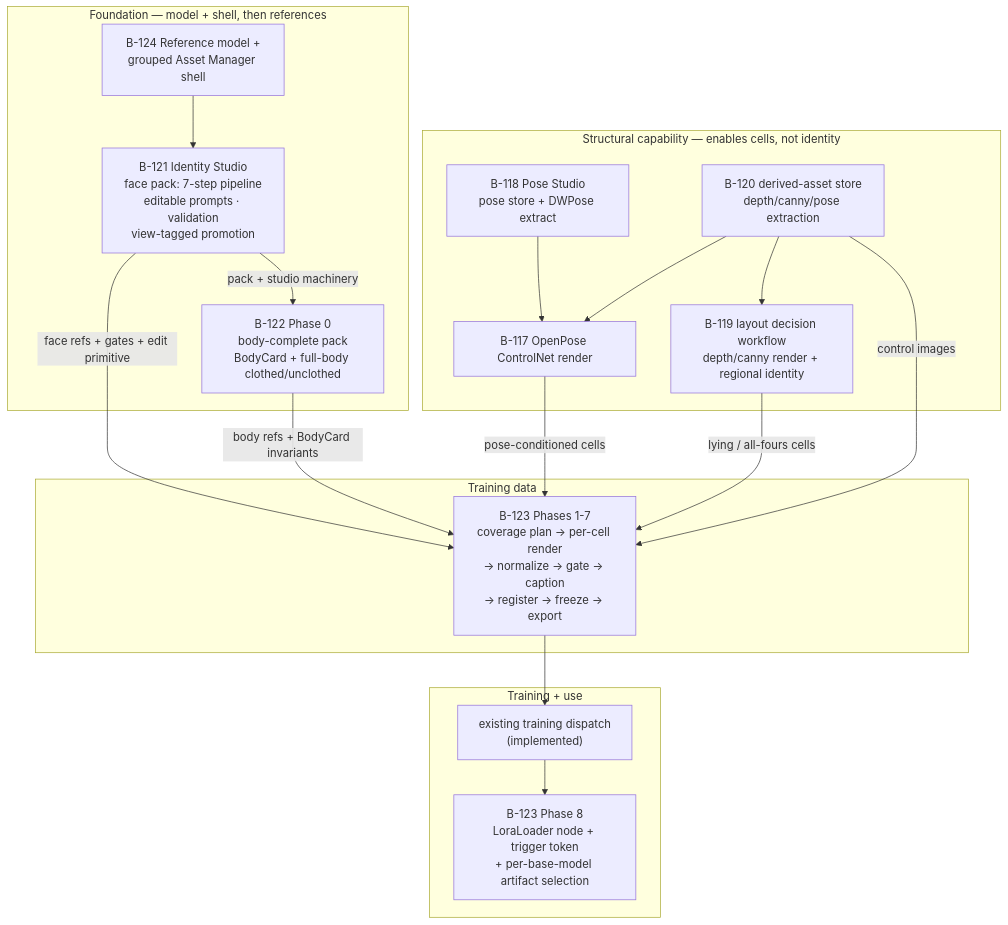
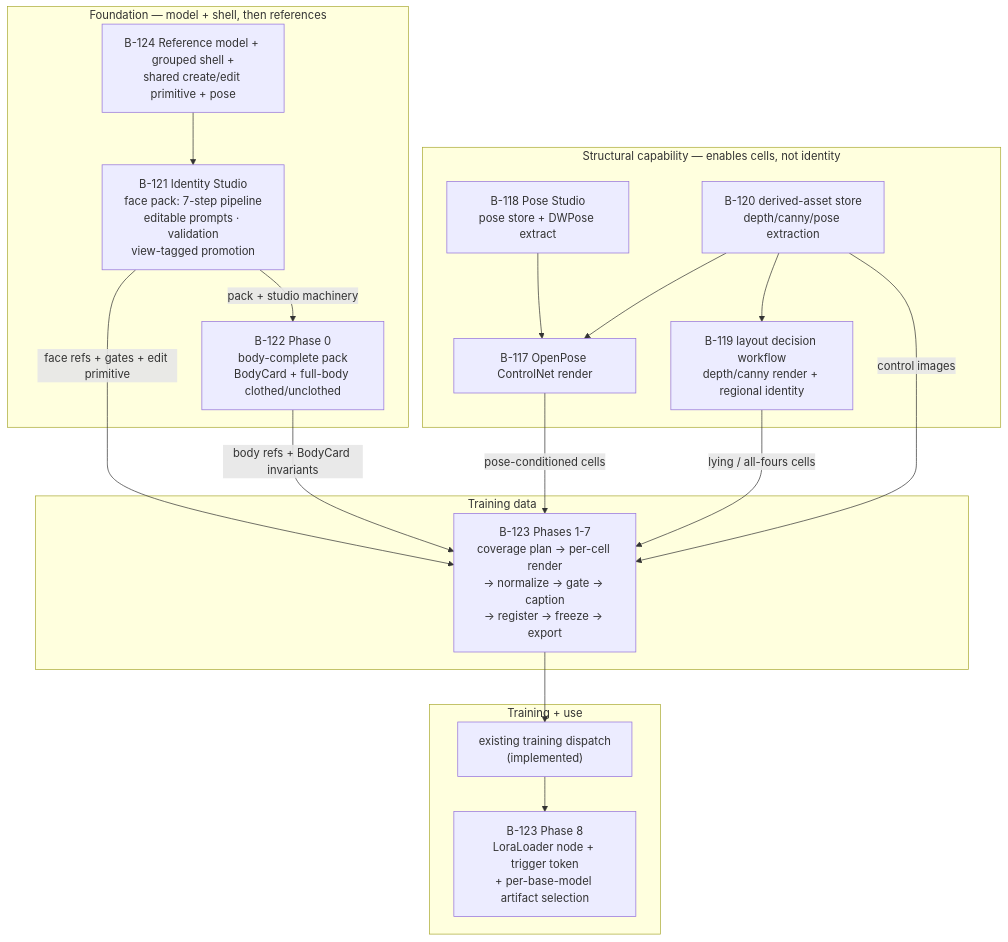
One commit to DaturaInoxia/DreamGenClone changed the diagram in specs/Planning/identity-lora-program-map.md. Above: the diagram before and after it, drawn with Mermaid. The commit also changed other lines of this file and 473 other files, not shown here.

````diff
--- a/specs/Planning/identity-lora-program-map.md
+++ b/specs/Planning/identity-lora-program-map.md
@@ -60,36 +63,36 @@
 ```mermaid
 flowchart TD
     subgraph FOUND["Foundation — model + shell, then references"]
-        F0["B-124 Reference model +<br/>grouped Asset Manager shell"]
+        F0["B-124 Reference model + grouped shell +<br/>shared create/edit primitive + pose"]
         A1["B-121 Identity Studio<br/>face pack: 7-step pipeline<br/>editable prompts · validation<br/>view-tagged promotion"]
         A2["B-122 Phase 0<br/>body-complete pack<br/>BodyCard + full-body clothed/unclothed"]
         F0 --> A1
         A1 -->|"pack + studio machinery"| A2
     end
 
     subgraph DATA["Training data"]
         B1["B-123 Phases 1-7<br/>coverage plan → per-cell render<br/>→ normalize → gate → caption<br/>→ register → freeze → export"]
         A1 -->|"face refs + gates + edit primitive"| B1
         A2 -->|"body refs + BodyCard invariants"| B1
     end
 
     subgraph TRAIN["Training + use"]
         C1["existing training dispatch<br/>(implemented)"]
         C2["B-123 Phase 8<br/>LoraLoader node + trigger token<br/>+ per-base-model artifact selection"]
         B1 --> C1 --> C2
     end
 
     subgraph STRUCT["Structural capability — enables cells, not identity"]
         D1["B-118 Pose Studio<br/>pose store + DWPose extract"]
         D2["B-117 OpenPose ControlNet render"]
         D3["B-120 derived-asset store<br/>depth/canny/pose extraction"]
         D4["B-119 layout decision workflow<br/>depth/canny render + regional identity"]
         D1 --> D2
         D3 --> D2
         D3 --> D4
     end
 
     D2 -->|"pose-conditioned cells"| B1
     D4 -->|"lying / all-fours cells"| B1
     D3 -->|"control images"| B1
 ```
````
